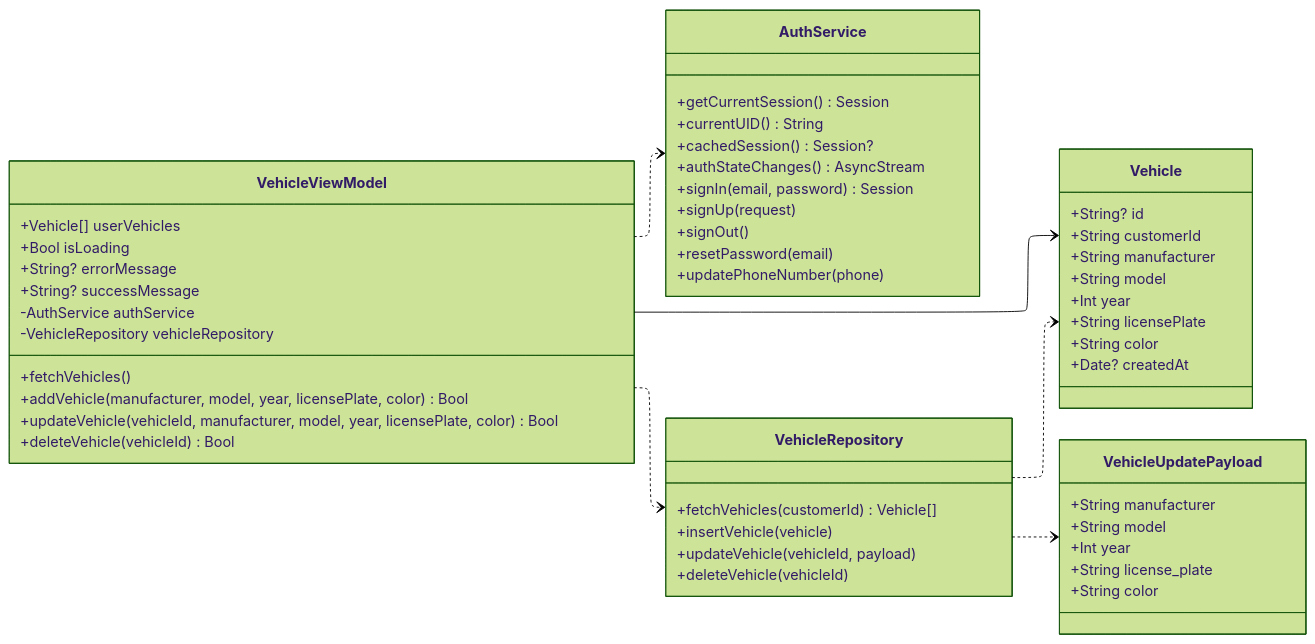
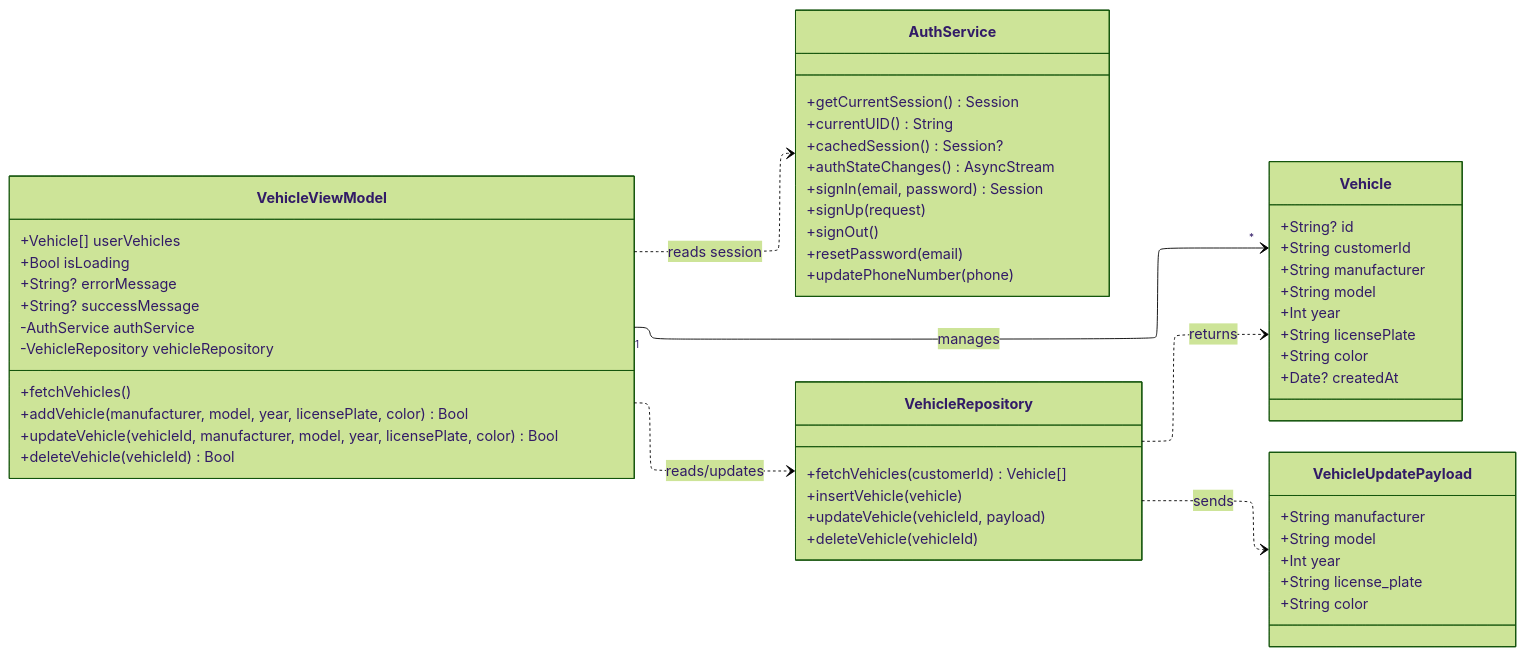
Before and after one commit to rei-soemanto/BengkelIn_SE: the third of 12 diagrams in diagram/feature-class-diagrams.md, drawn with Mermaid (forest theme). The commit also changed other lines of this file and 12 other files, not shown here.

Commit message:
more accurate full class diagram

````diff
--- a/diagram/feature-class-diagrams.md
+++ b/diagram/feature-class-diagrams.md
@@ -197,65 +226,65 @@
 ```mermaid
 ---
 config:
   layout: elk
   elk:
     nodePlacementStrategy: LINEAR_SEGMENTS
     mergeEdges: false
 ---
 classDiagram
     direction LR
 
     class AuthService {
         +getCurrentSession() Session
         +currentUID() String
         +cachedSession() Session?
         +authStateChanges() AsyncStream
         +signIn(email, password) Session
         +signUp(request)
         +signOut()
         +resetPassword(email)
         +updatePhoneNumber(phone)
     }
     class VehicleRepository {
         +fetchVehicles(customerId) Vehicle[]
         +insertVehicle(vehicle)
         +updateVehicle(vehicleId, payload)
         +deleteVehicle(vehicleId)
     }
     class VehicleViewModel {
         +Vehicle[] userVehicles
         +Bool isLoading
         +String? errorMessage
         +String? successMessage
         -AuthService authService
         -VehicleRepository vehicleRepository
         +fetchVehicles()
         +addVehicle(manufacturer, model, year, licensePlate, color) Bool
         +updateVehicle(vehicleId, manufacturer, model, year, licensePlate, color) Bool
         +deleteVehicle(vehicleId) Bool
     }
     class Vehicle {
         +String? id
         +String customerId
         +String manufacturer
         +String model
         +Int year
         +String licensePlate
         +String color
         +Date? createdAt
     }
     class VehicleUpdatePayload {
         +String manufacturer
         +String model
         +Int year
         +String license_plate
         +String color
     }
 
-    VehicleViewModel ..> AuthService
-    VehicleViewModel ..> VehicleRepository
-    VehicleViewModel --> Vehicle
-    VehicleRepository ..> Vehicle
-    VehicleRepository ..> VehicleUpdatePayload
+    VehicleViewModel ..> AuthService : reads session
+    VehicleViewModel ..> VehicleRepository : reads/updates
+    VehicleViewModel "1" --> "*" Vehicle : manages
+    VehicleRepository ..> Vehicle : returns
+    VehicleRepository ..> VehicleUpdatePayload : sends
 
 ```
````
